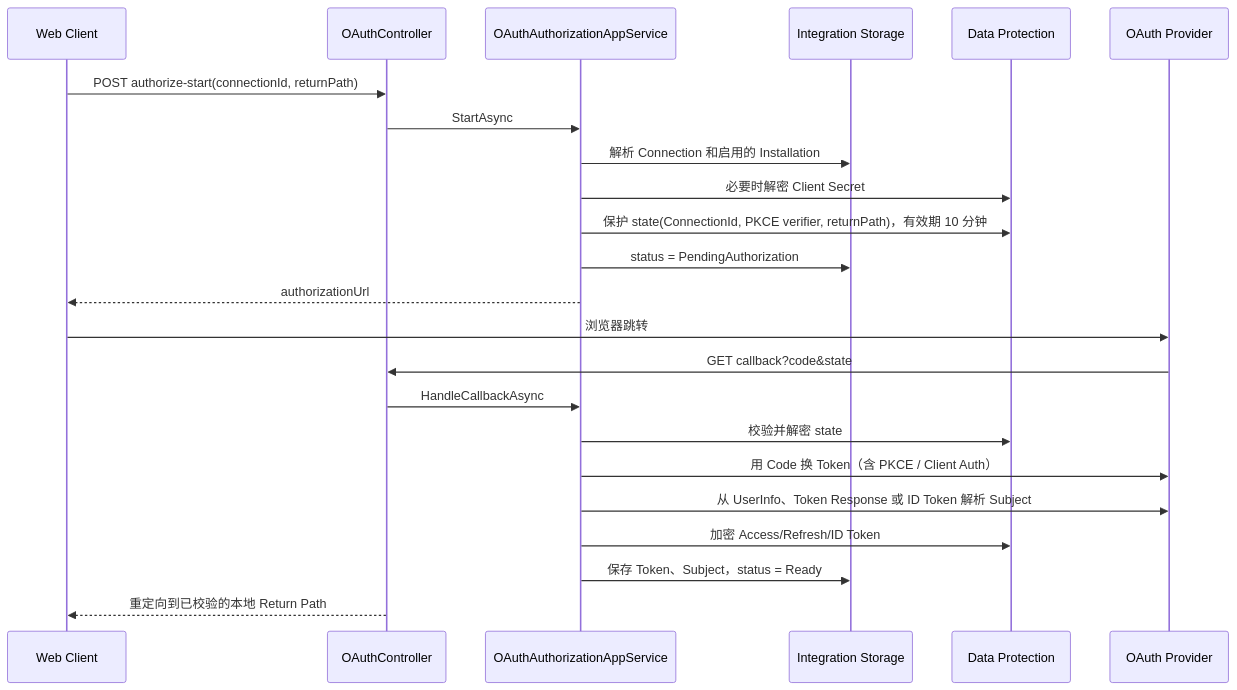
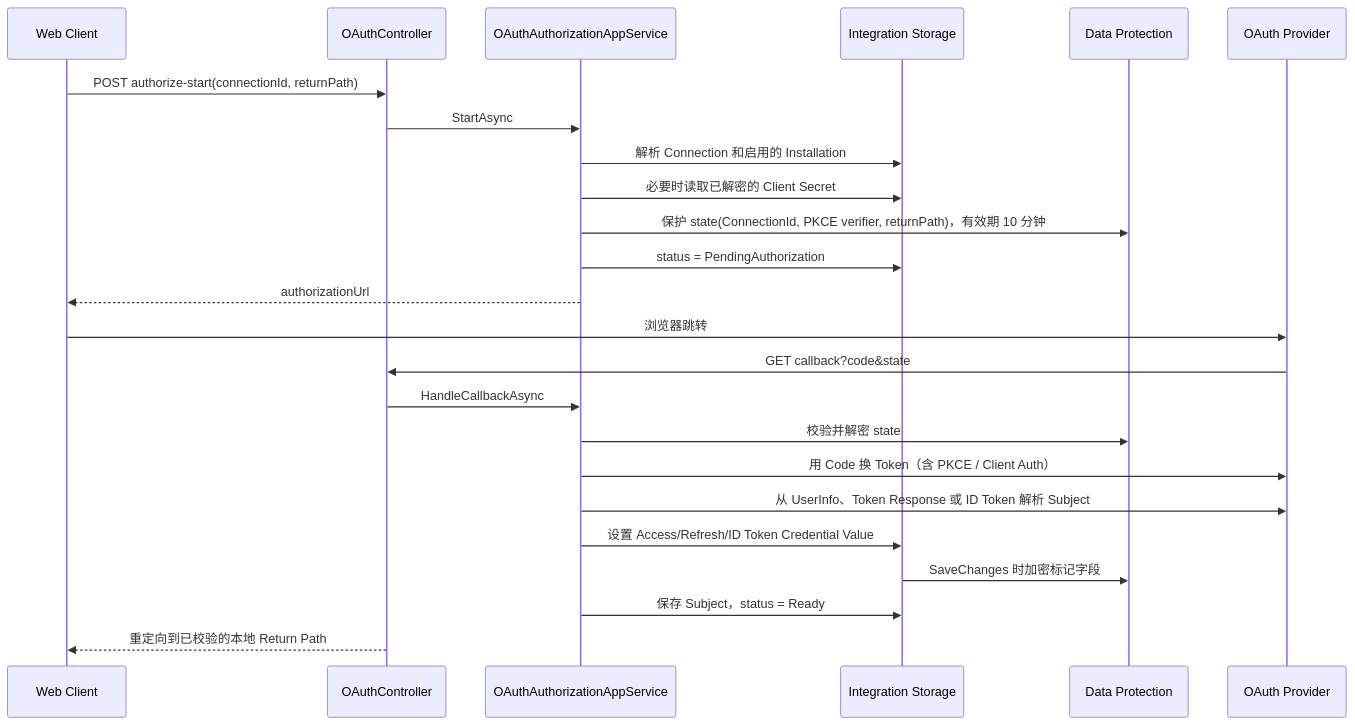
Before and after one commit to zxyao145/agw: the third of 4 diagrams in src/server/Agw.Integrations/README.zh-CN.md, drawn with Mermaid. The commit also changed other lines of this file and 15 other files, not shown here.

First line of the commit message:
docs: reconcile documentation with current architecture

````diff
--- a/src/server/Agw.Integrations/README.zh-CN.md
+++ b/src/server/Agw.Integrations/README.zh-CN.md
@@ -305,26 +306,27 @@
 ```mermaid
 sequenceDiagram
     participant UI as Web Client
     participant API as OAuthController
     participant App as OAuthAuthorizationAppService
     participant DB as Integration Storage
     participant DP as Data Protection
     participant Provider as OAuth Provider
 
     UI->>API: POST authorize-start(connectionId, returnPath)
     API->>App: StartAsync
     App->>DB: 解析 Connection 和启用的 Installation
-    App->>DP: 必要时解密 Client Secret
+    App->>DB: 必要时读取已解密的 Client Secret
     App->>DP: 保护 state(ConnectionId, PKCE verifier, returnPath)，有效期 10 分钟
     App->>DB: status = PendingAuthorization
     App-->>UI: authorizationUrl
     UI->>Provider: 浏览器跳转
     Provider->>API: GET callback?code&state
     API->>App: HandleCallbackAsync
     App->>DP: 校验并解密 state
     App->>Provider: 用 Code 换 Token（含 PKCE / Client Auth）
     App->>Provider: 从 UserInfo、Token Response 或 ID Token 解析 Subject
-    App->>DP: 加密 Access/Refresh/ID Token
-    App->>DB: 保存 Token、Subject，status = Ready
+    App->>DB: 设置 Access/Refresh/ID Token Credential Value
+    DB->>DP: SaveChanges 时加密标记字段
+    App->>DB: 保存 Subject，status = Ready
     API-->>UI: 重定向到已校验的本地 Return Path
 ```
````
